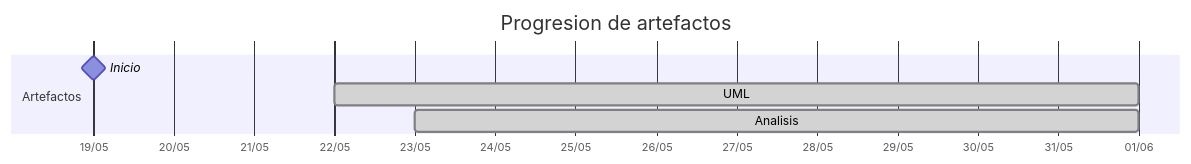
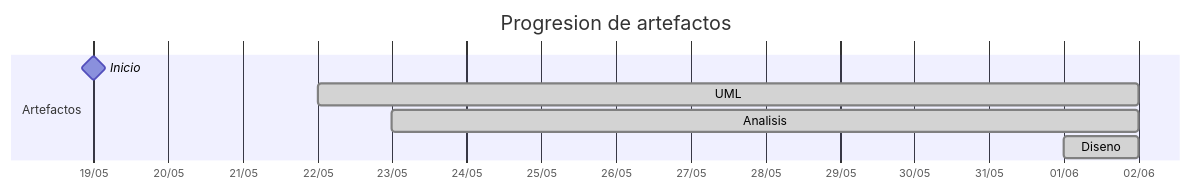
The diagram in TIMELINES/Alejandrojuarez0105.md (carlos-alvarado-25/25-26-idsw2-sdVC), drawn with Mermaid before and after one commit. The commit also changed other lines of this file and 11 other files, not shown here.

````diff
--- a/TIMELINES/Alejandrojuarez0105.md
+++ b/TIMELINES/Alejandrojuarez0105.md
@@ -22,10 +22,11 @@
 ```mermaid
 gantt
     title Progresion de artefactos
     dateFormat YYYY-MM-DD
     axisFormat %d/%m
     section Artefactos
         Inicio       :milestone, 2026-05-19, 0d
-        UML          :done, 2026-05-22, 2026-06-01
-        Analisis     :done, 2026-05-23, 2026-06-01
+        UML          :done, 2026-05-22, 2026-06-02
+        Analisis     :done, 2026-05-23, 2026-06-02
+        Diseno       :done, 2026-06-01, 2026-06-02
 ```
````
